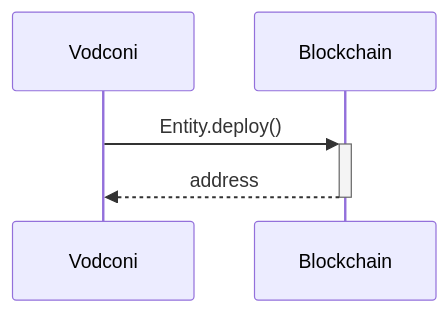
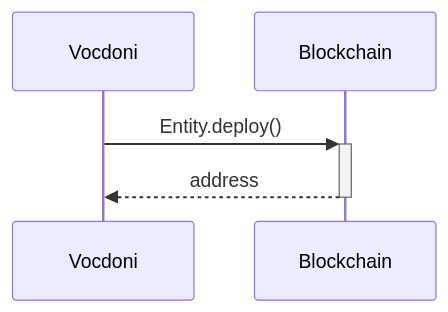
One commit to vocdoni/docs changed the first of 6 diagrams in docs/protocol/sequence-diagrams.md. Above: the diagram before and after it, drawn with Mermaid. The commit also changed other lines of this file and 1 other file, not shown here.

````diff
--- a/docs/protocol/sequence-diagrams.md
+++ b/docs/protocol/sequence-diagrams.md
@@ -8,5 +8,8 @@
 ```mermaid
 sequenceDiagram
-    Vodconi->>+Blockchain: Entity.deploy()
-    Blockchain-->>-Vodconi: address
+    participant V as Vocdoni 
+    participant B as Blockchain 
+
+    V->>+B: Entity.deploy()
+    B-->>-V: address
 ```
````
